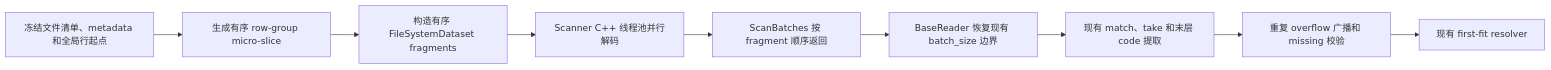
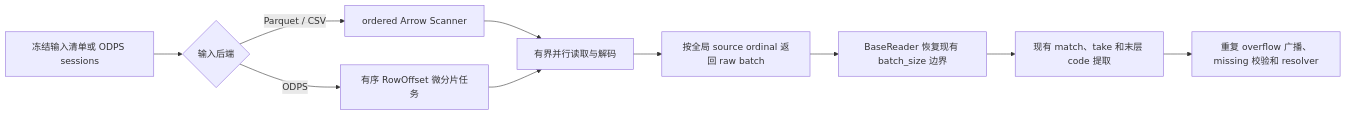
The diagram in docs/sid_collision_32_core_utilization_plan_zh.md (WhiteSwan1/TorchEasyRec), drawn with Mermaid before and after one commit. The commit also changed other lines of this file, not shown here.

````diff
--- a/docs/sid_collision_32_core_utilization_plan_zh.md
+++ b/docs/sid_collision_32_core_utilization_plan_zh.md
@@ -67,11 +81,12 @@
 ```mermaid
 flowchart LR
-    A[冻结文件清单、metadata 和全局行起点] --> B[生成有序 row-group micro-slice]
-    B --> C[构造有序 FileSystemDataset fragments]
-    C --> D[Scanner C++ 线程池并行解码]
-    D --> E[ScanBatches 按 fragment 顺序返回]
-    E --> F[BaseReader 恢复现有 batch_size 边界]
-    F --> G[现有 match、take 和末层 code 提取]
-    G --> H[重复 overflow 广播和 missing 校验]
-    H --> I[现有 first-fit resolver]
+    A[冻结输入清单或 ODPS sessions] --> B{输入后端}
+    B -->|Parquet / CSV| C[ordered Arrow Scanner]
+    B -->|ODPS| D[有序 RowOffset 微分片任务]
+    C --> E[有界并行读取与解码]
+    D --> E
+    E --> F[按全局 source ordinal 返回 raw batch]
+    F --> G[BaseReader 恢复现有 batch_size 边界]
+    G --> H[现有 match、take 和末层 code 提取]
+    H --> I[重复 overflow 广播、missing 校验和 resolver]
 ```
````
